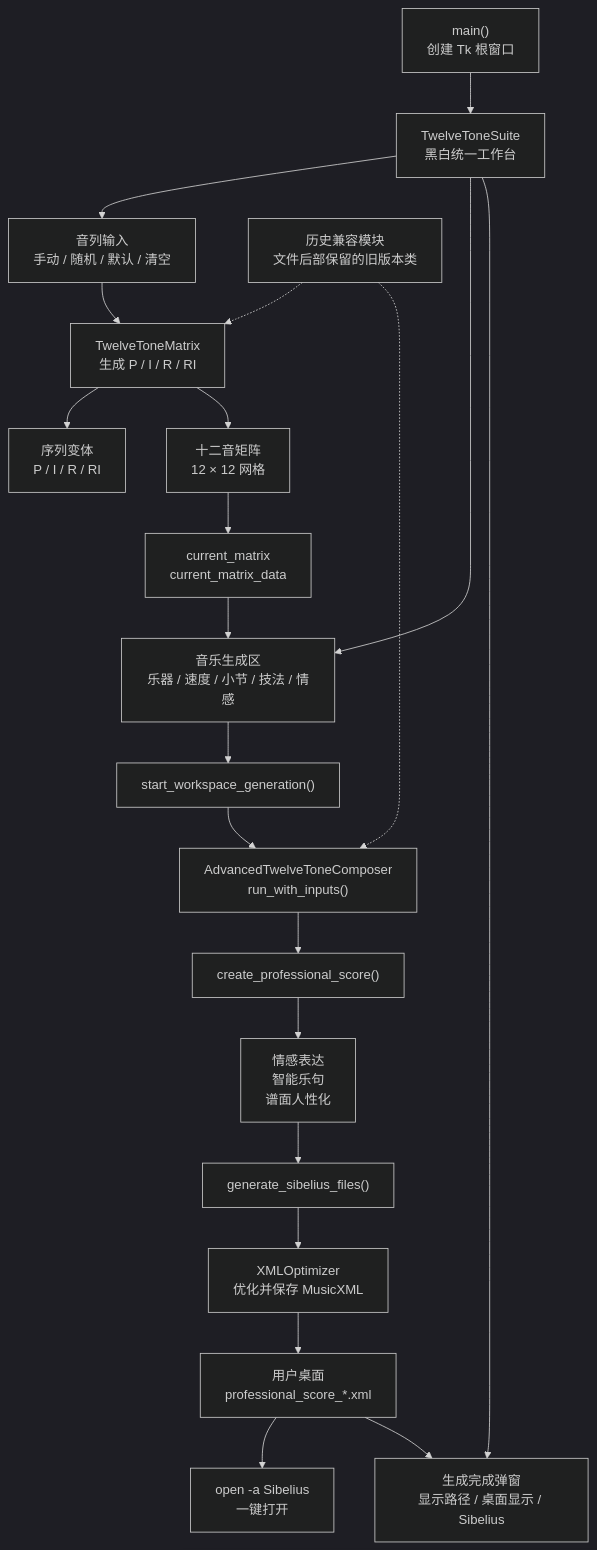
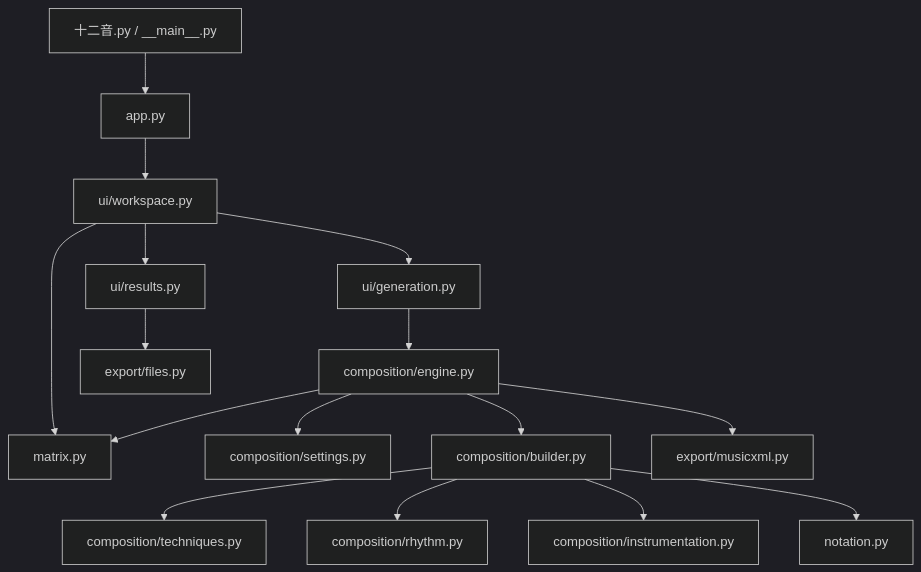
The diagram in ARCHITECTURE.md (xudongdai-ai/twelve-tone-suite), drawn with Mermaid (dark theme) before and after one commit. The commit also changed other lines of this file and 34 other files, not shown here.

First line of the commit message:
Refactor twelve-tone suite into implementation modules

````diff
--- a/ARCHITECTURE.md
+++ b/ARCHITECTURE.md
@@ -63,27 +31,18 @@
 ```mermaid
 flowchart TD
-    Main["main()\n创建 Tk 根窗口"] --> UI["TwelveToneSuite\n黑白统一工作台"]
-
-    UI --> Input["音列输入\n手动 / 随机 / 默认 / 清空"]
-    Input --> MatrixCore["TwelveToneMatrix\n生成 P / I / R / RI"]
-    MatrixCore --> Variants["序列变体\nP / I / R / RI"]
-    MatrixCore --> MatrixView["十二音矩阵\n12 × 12 网格"]
-    MatrixView --> CurrentMatrix["current_matrix\ncurrent_matrix_data"]
-
-    UI --> MusicPanel["音乐生成区\n乐器 / 速度 / 小节 / 技法 / 情感"]
-    CurrentMatrix --> MusicPanel
-    MusicPanel --> Generate["start_workspace_generation()"]
-    Generate --> Composer["AdvancedTwelveToneComposer\nrun_with_inputs()"]
-    Composer --> Score["create_professional_score()"]
-    Score --> Techniques["情感表达\n智能乐句\n谱面人性化"]
-    Techniques --> MusicXML["generate_sibelius_files()"]
-    MusicXML --> Optimizer["XMLOptimizer\n优化并保存 MusicXML"]
-    Optimizer --> Desktop["用户桌面\nprofessional_score_*.xml"]
-    Desktop --> OpenSibelius["open -a Sibelius\n一键打开"]
-
-    UI --> Result["生成完成弹窗\n显示路径 / 桌面显示 / Sibelius"]
-    Desktop --> Result
-
-    Legacy["历史兼容模块\n文件后部保留的旧版本类"] -.-> MatrixCore
-    Legacy -.-> Composer
+    Entry["十二音.py / __main__.py"] --> App["app.py"]
+    App --> Workspace["ui/workspace.py"]
+    Workspace --> Matrix["matrix.py"]
+    Workspace --> Task["ui/generation.py"]
+    Task --> Engine["composition/engine.py"]
+    Engine --> Matrix
+    Engine --> Settings["composition/settings.py"]
+    Engine --> Builder["composition/builder.py"]
+    Builder --> Techniques["composition/techniques.py"]
+    Builder --> Rhythm["composition/rhythm.py"]
+    Builder --> Instruments["composition/instrumentation.py"]
+    Builder --> Notation["notation.py"]
+    Engine --> Export["export/musicxml.py"]
+    Workspace --> Results["ui/results.py"]
+    Results --> Files["export/files.py"]
 ```
````
